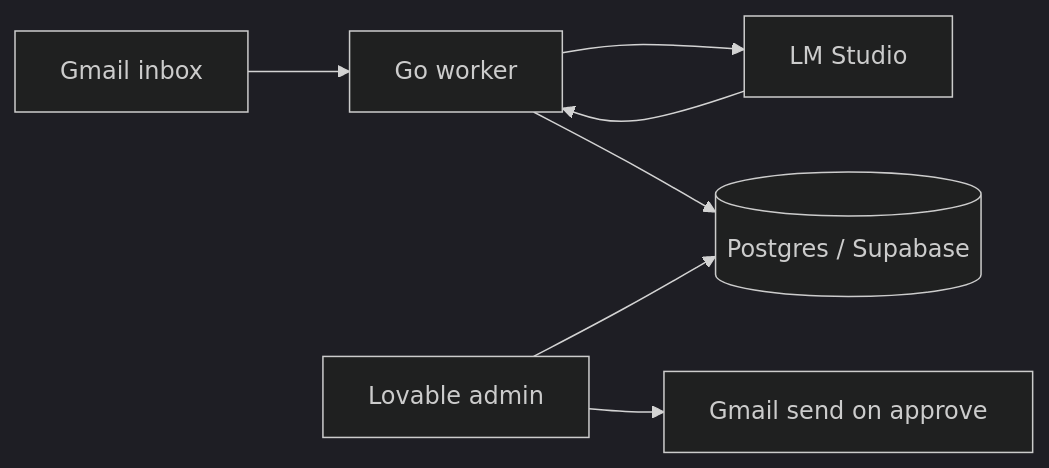
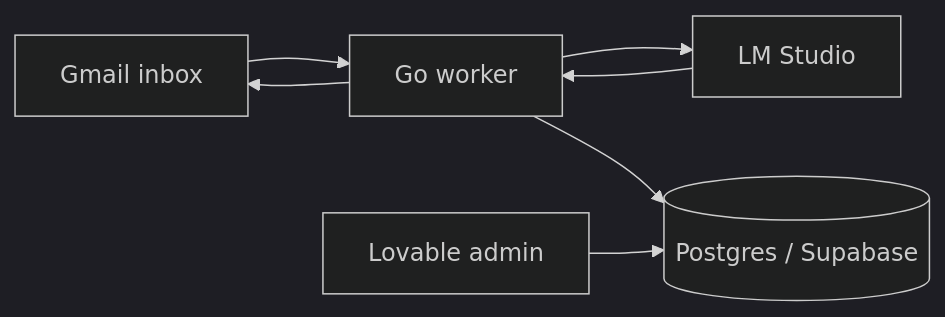
The diagram in README.md (wmagda/tanda-lead-intake), drawn with Mermaid (dark theme) before and after one commit. The commit also changed other lines of this file and 12 other files, not shown here.

````diff
--- a/README.md
+++ b/README.md
@@ -24,9 +25,9 @@
 ```mermaid
 flowchart LR
   Gmail[Gmail inbox] --> Worker[Go worker]
   Worker --> AI[LM Studio]
   AI --> Worker
   Worker --> DB[(Postgres / Supabase)]
   Lovable[Lovable admin] --> DB
-  Lovable --> GmailSend[Gmail send on approve]
+  Worker --> Gmail
 ```
````
